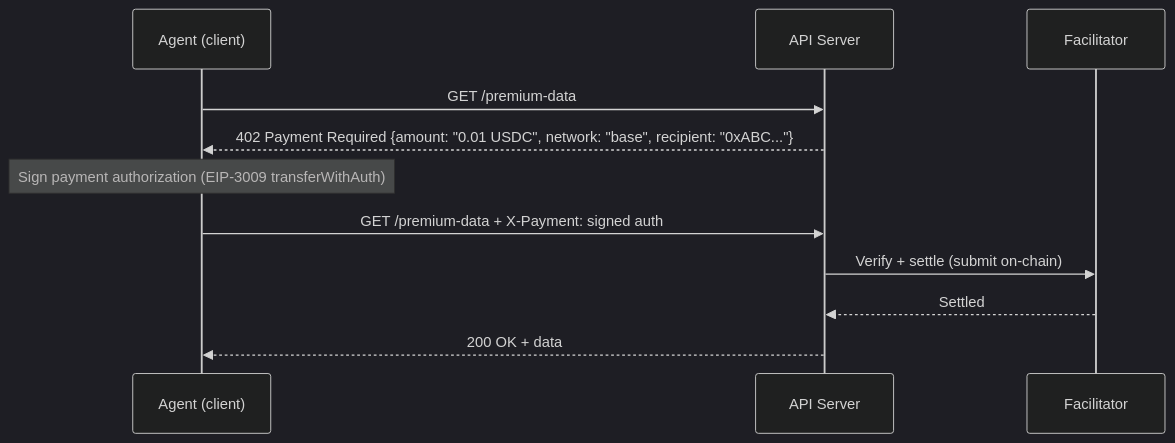
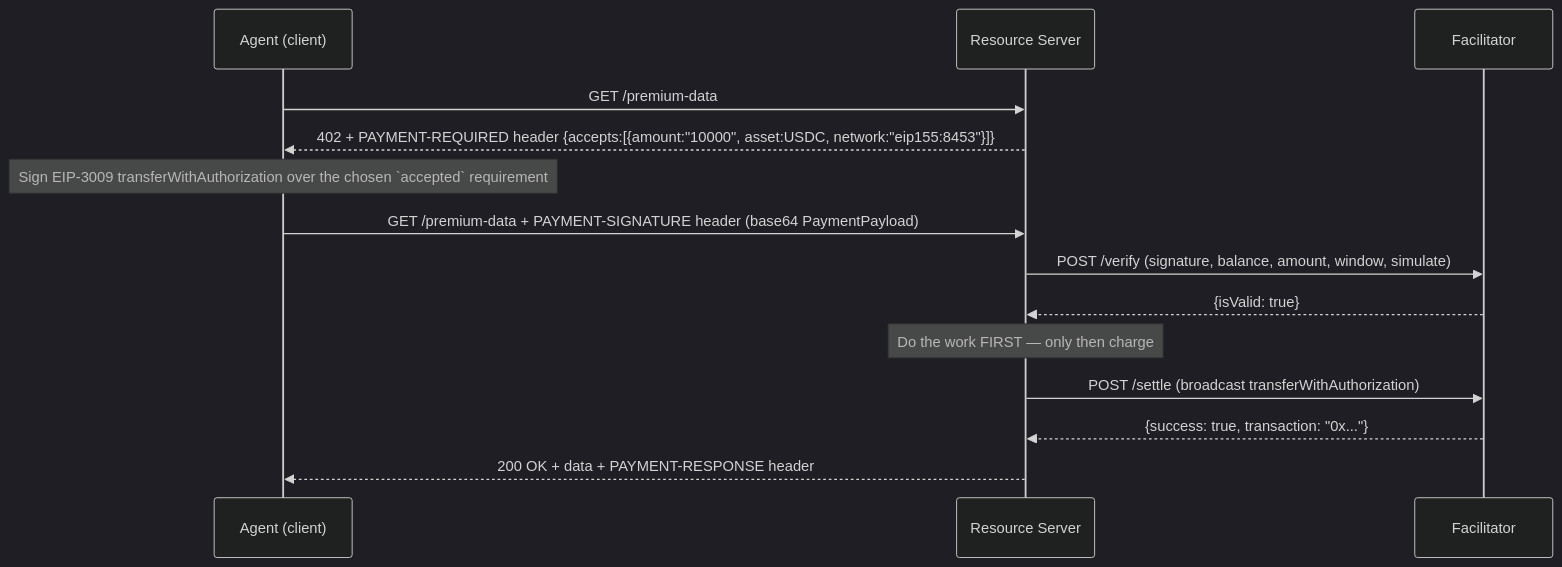
The second of 4 diagrams in src/main/java/com/rutik/systemdesign/llm/multi_agent_systems/agentic_commerce_and_payments.md (rppol/system-design), drawn with Mermaid before and after one commit. The commit also changed other lines of this file, not shown here.

````diff
--- a/src/main/java/com/rutik/systemdesign/llm/multi_agent_systems/agentic_commerce_and_payments.md
+++ b/src/main/java/com/rutik/systemdesign/llm/multi_agent_systems/agentic_commerce_and_payments.md
@@ -234,14 +266,17 @@
 ```mermaid
 %%{init: {'theme': 'dark'}}%%
 sequenceDiagram
     participant A as Agent (client)
-    participant S as API Server
+    participant S as Resource Server
     participant F as Facilitator
     A->>S: GET /premium-data
-    S-->>A: 402 Payment Required {amount: "0.01 USDC", network: "base", recipient: "0xABC..."}
-    Note over A: Sign payment authorization (EIP-3009 transferWithAuth)
-    A->>S: GET /premium-data + X-Payment: signed auth
-    S->>F: Verify + settle (submit on-chain)
-    F-->>S: Settled
-    S-->>A: 200 OK + data
+    S-->>A: 402 + PAYMENT-REQUIRED header {accepts:[{amount:"10000", asset:USDC, network:"eip155:8453"}]}
+    Note over A: Sign EIP-3009 transferWithAuthorization over the chosen `accepted` requirement
+    A->>S: GET /premium-data + PAYMENT-SIGNATURE header (base64 PaymentPayload)
+    S->>F: POST /verify (signature, balance, amount, window, simulate)
+    F-->>S: {isValid: true}
+    Note over S: Do the work FIRST — only then charge
+    S->>F: POST /settle (broadcast transferWithAuthorization)
+    F-->>S: {success: true, transaction: "0x..."}
+    S-->>A: 200 OK + data + PAYMENT-RESPONSE header
 ```
````
